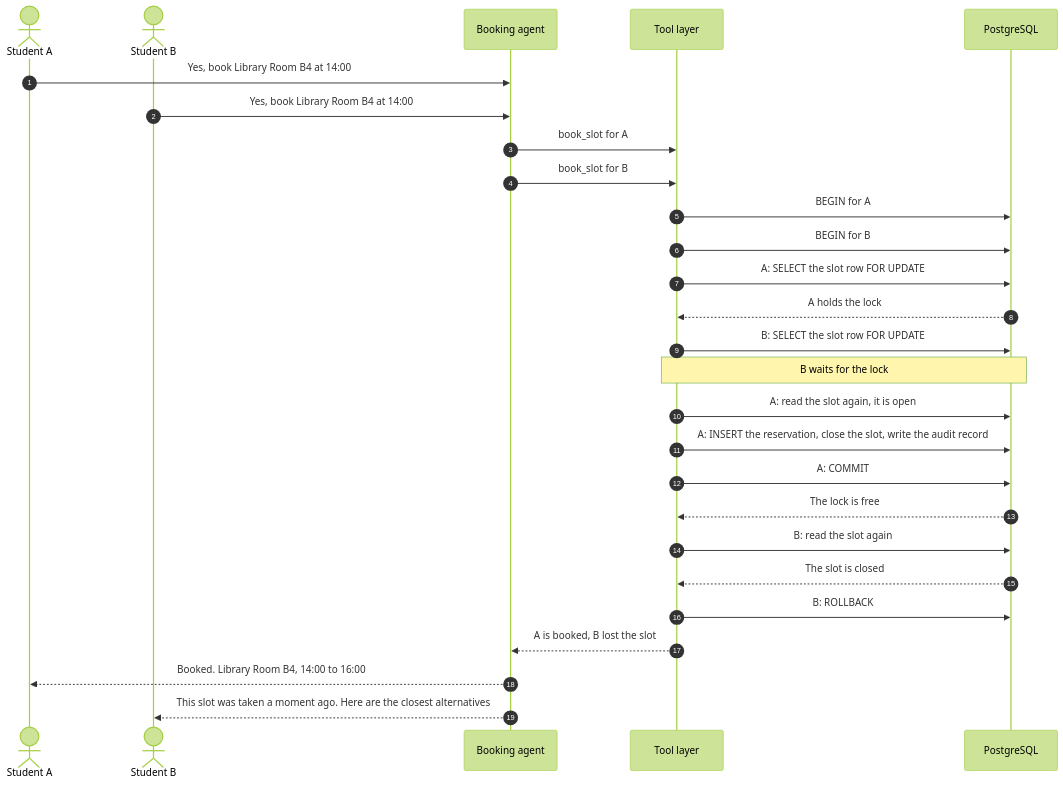
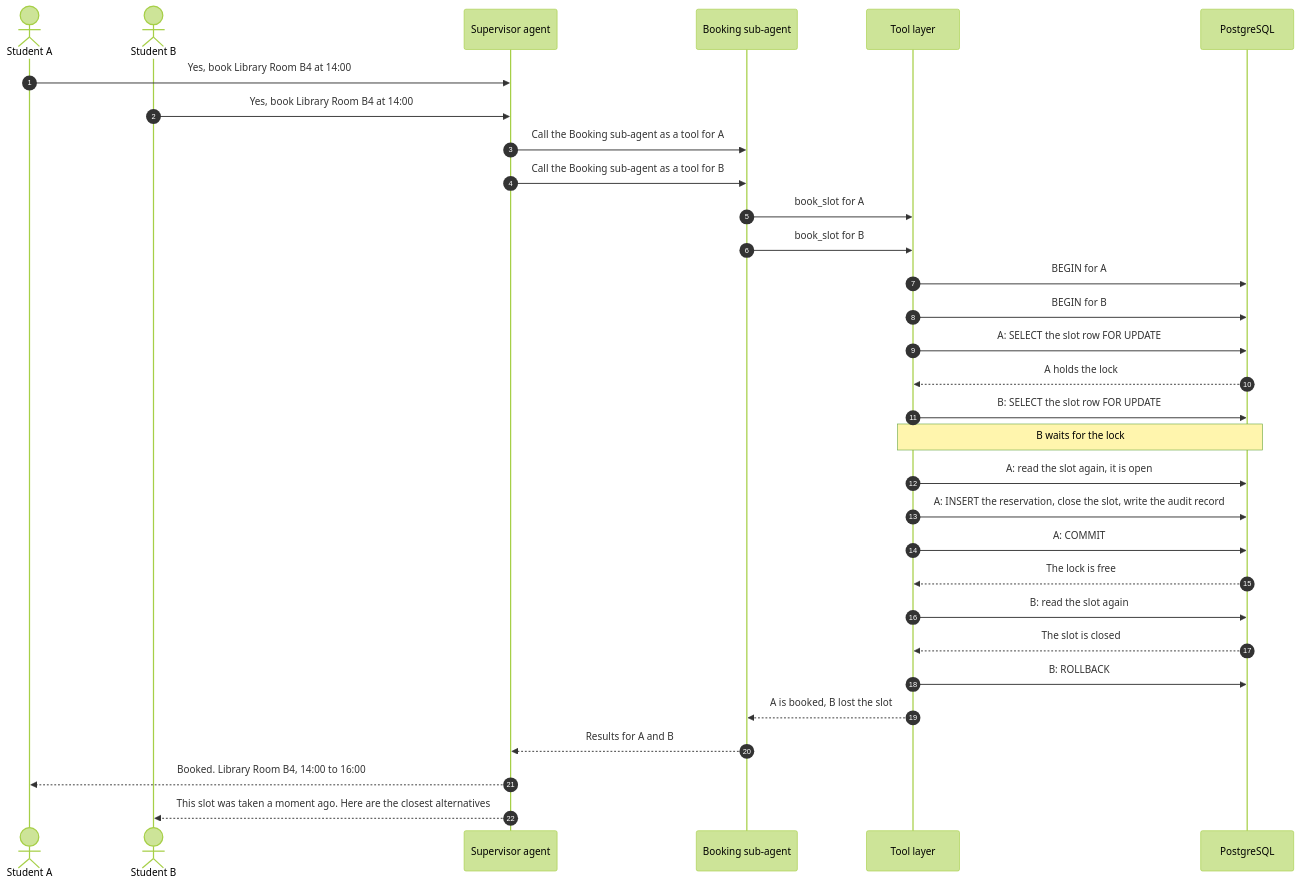
One commit to SaiWaiYanLynn/smart-university-website changed the fifth of 11 diagrams in design/diagrams/diagrams-source.md. Above: the diagram before and after it, drawn with Mermaid (forest theme). The commit also changed other lines of this file and 29 other files, not shown here.

Commit message:
Updated diagrams for supervisor with sub-agents and the new staff and instructor pages

````diff
--- a/design/diagrams/diagrams-source.md
+++ b/design/diagrams/diagrams-source.md
@@ -755,30 +766,34 @@
 ```mermaid
 sequenceDiagram
   autonumber
   actor A as Student A
   actor B as Student B
-  participant AG as Booking agent
+  participant SUP as Supervisor agent
+  participant AG as Booking sub-agent
   participant TL as Tool layer
   participant DB as PostgreSQL
 
-  A->>AG: Yes, book Library Room B4 at 14:00
-  B->>AG: Yes, book Library Room B4 at 14:00
+  A->>SUP: Yes, book Library Room B4 at 14:00
+  B->>SUP: Yes, book Library Room B4 at 14:00
+  SUP->>AG: Call the Booking sub-agent as a tool for A
+  SUP->>AG: Call the Booking sub-agent as a tool for B
   AG->>TL: book_slot for A
   AG->>TL: book_slot for B
   TL->>DB: BEGIN for A
   TL->>DB: BEGIN for B
   TL->>DB: A: SELECT the slot row FOR UPDATE
   DB-->>TL: A holds the lock
   TL->>DB: B: SELECT the slot row FOR UPDATE
   Note over DB,TL: B waits for the lock
   TL->>DB: A: read the slot again, it is open
   TL->>DB: A: INSERT the reservation, close the slot, write the audit record
   TL->>DB: A: COMMIT
   DB-->>TL: The lock is free
   TL->>DB: B: read the slot again
   DB-->>TL: The slot is closed
   TL->>DB: B: ROLLBACK
   TL-->>AG: A is booked, B lost the slot
-  AG-->>A: Booked. Library Room B4, 14:00 to 16:00
-  AG-->>B: This slot was taken a moment ago. Here are the closest alternatives
+  AG-->>SUP: Results for A and B
+  SUP-->>A: Booked. Library Room B4, 14:00 to 16:00
+  SUP-->>B: This slot was taken a moment ago. Here are the closest alternatives
 ```
````
